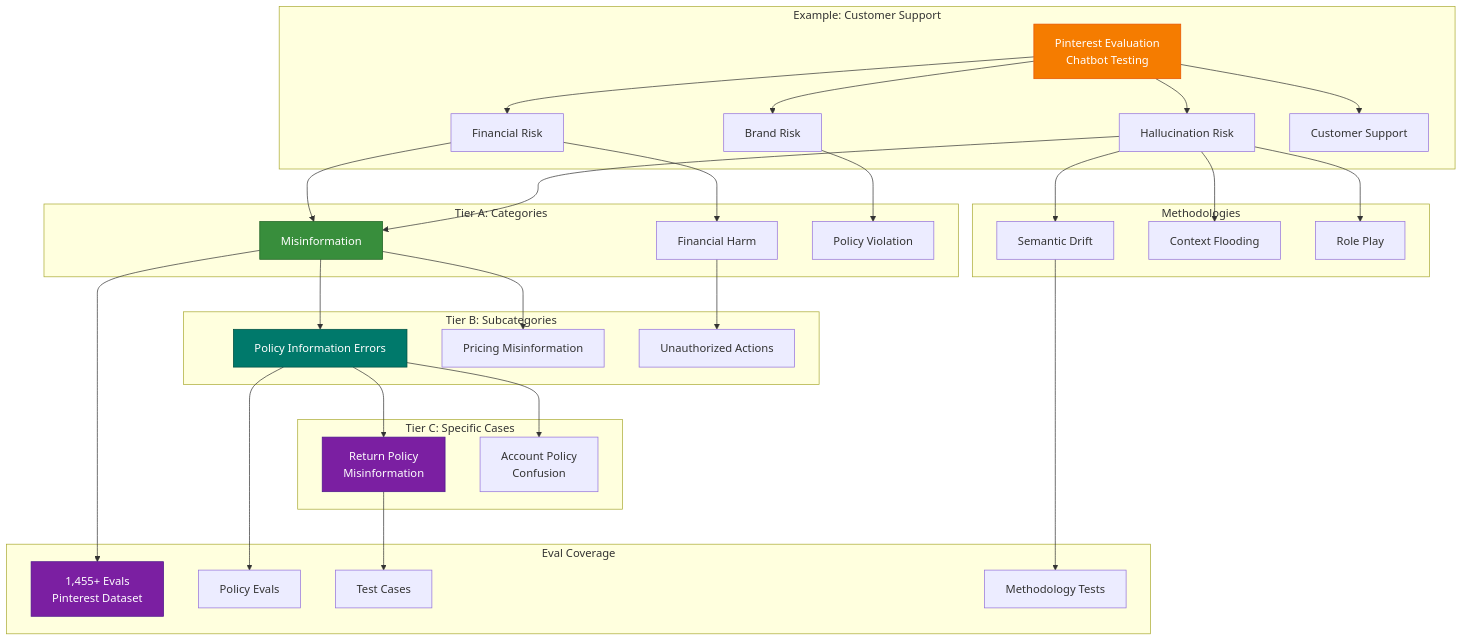
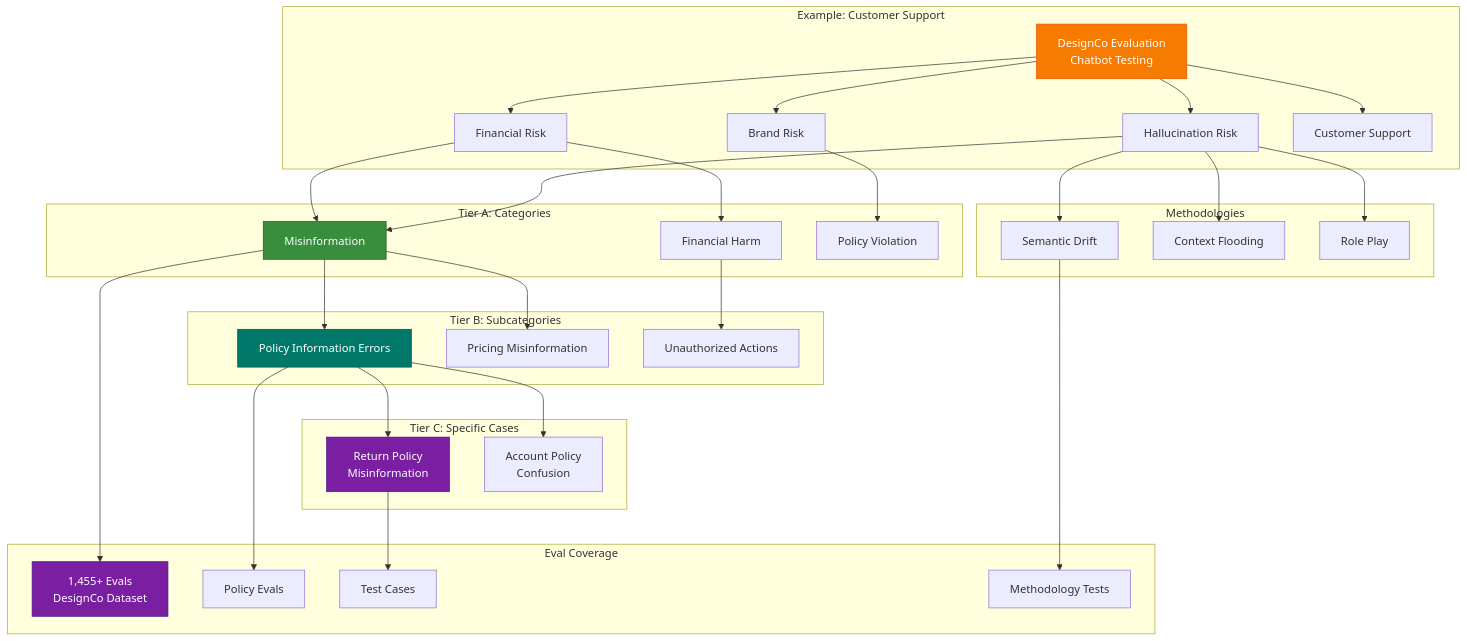
The third of 7 diagrams in meta-agent-eval-system/docs/TAXONOMY_VISUALIZATION.md (nikhil-vytla/hatch), drawn with Mermaid before and after one commit. The commit also changed other lines of this file, not shown here.

````diff
--- a/meta-agent-eval-system/docs/TAXONOMY_VISUALIZATION.md
+++ b/meta-agent-eval-system/docs/TAXONOMY_VISUALIZATION.md
@@ -79,47 +79,47 @@
 ```mermaid
 graph TD
     subgraph "Example: Customer Support"
-        INC[Pinterest Evaluation<br/>Chatbot Testing]
+        INC[DesignCo Evaluation<br/>Chatbot Testing]
         INC --> H1[Financial Risk]
         INC --> H2[Brand Risk]
         INC --> FM[Hallucination Risk]
         INC --> UC1[Customer Support]
     end
     
     subgraph "Tier A: Categories"
         H1 --> TA1[Misinformation]
         H1 --> TA2[Financial Harm]
         H2 --> TA3[Policy Violation]
         FM --> TA1
     end
     
     subgraph "Tier B: Subcategories"
         TA1 --> TB1[Policy Information Errors]
         TA1 --> TB2[Pricing Misinformation]
         TA2 --> TB3[Unauthorized Actions]
     end
     
     subgraph "Tier C: Specific Cases"
         TB1 --> TC1[Return Policy<br/>Misinformation]
         TB1 --> TC2[Account Policy<br/>Confusion]
     end
     
     subgraph "Methodologies"
         FM --> M1[Semantic Drift]
         FM --> M2[Context Flooding]
         FM --> M3[Role Play]
     end
     
     subgraph "Eval Coverage"
-        TA1 --> E1[1,455+ Evals<br/>Pinterest Dataset]
+        TA1 --> E1[1,455+ Evals<br/>DesignCo Dataset]
         TB1 --> E2[Policy Evals]
         TC1 --> E3[Test Cases]
         M1 --> E4[Methodology Tests]
     end
     
     style INC fill:#f57c00,stroke:#e65100,color:#fff
     style TA1 fill:#388e3c,stroke:#1b5e20,color:#fff
     style TB1 fill:#00796b,stroke:#004d40,color:#fff
     style TC1 fill:#7b1fa2,stroke:#4a148c,color:#fff
     style E1 fill:#7b1fa2,stroke:#4a148c,color:#fff
 ```
````
